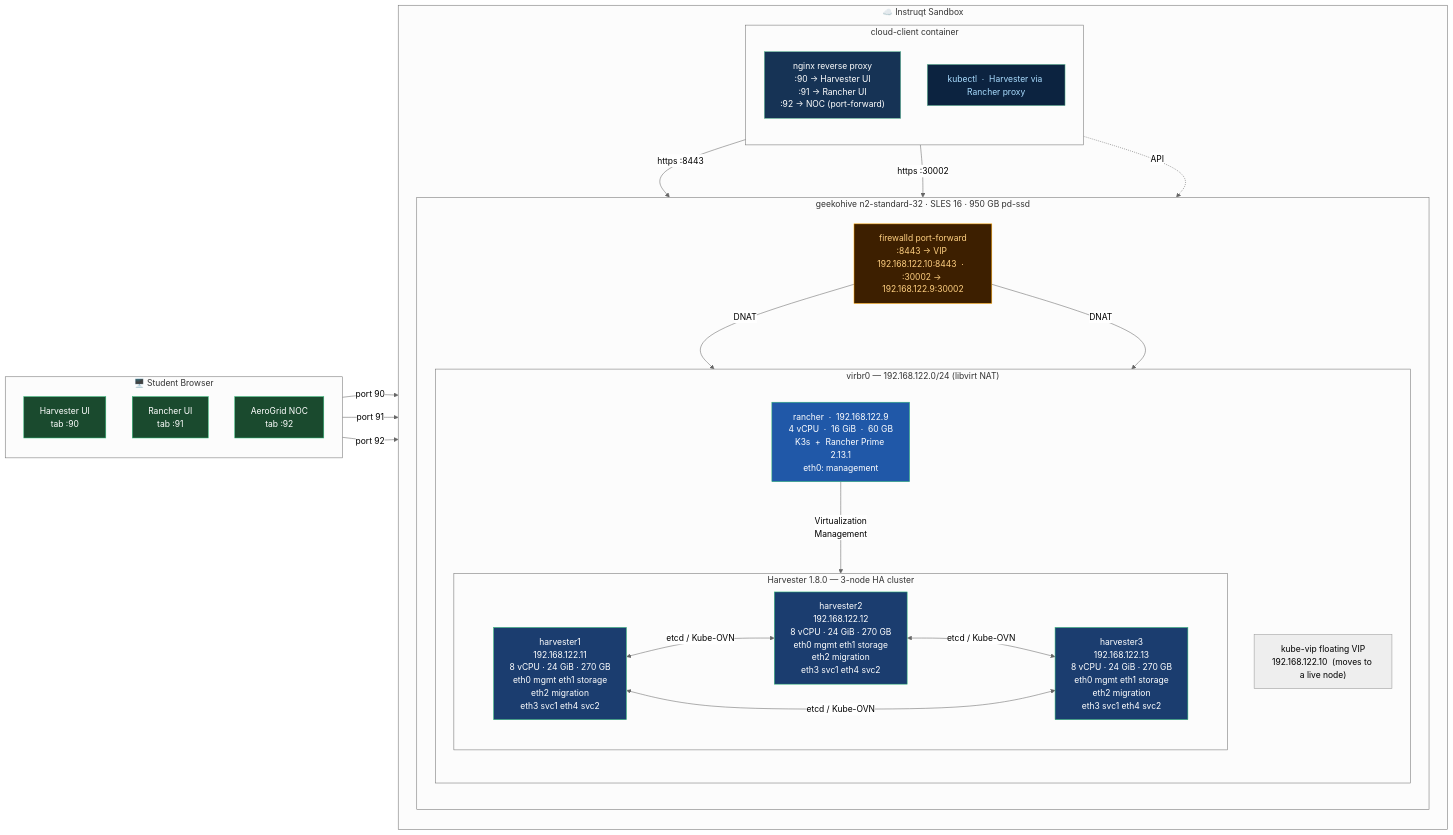
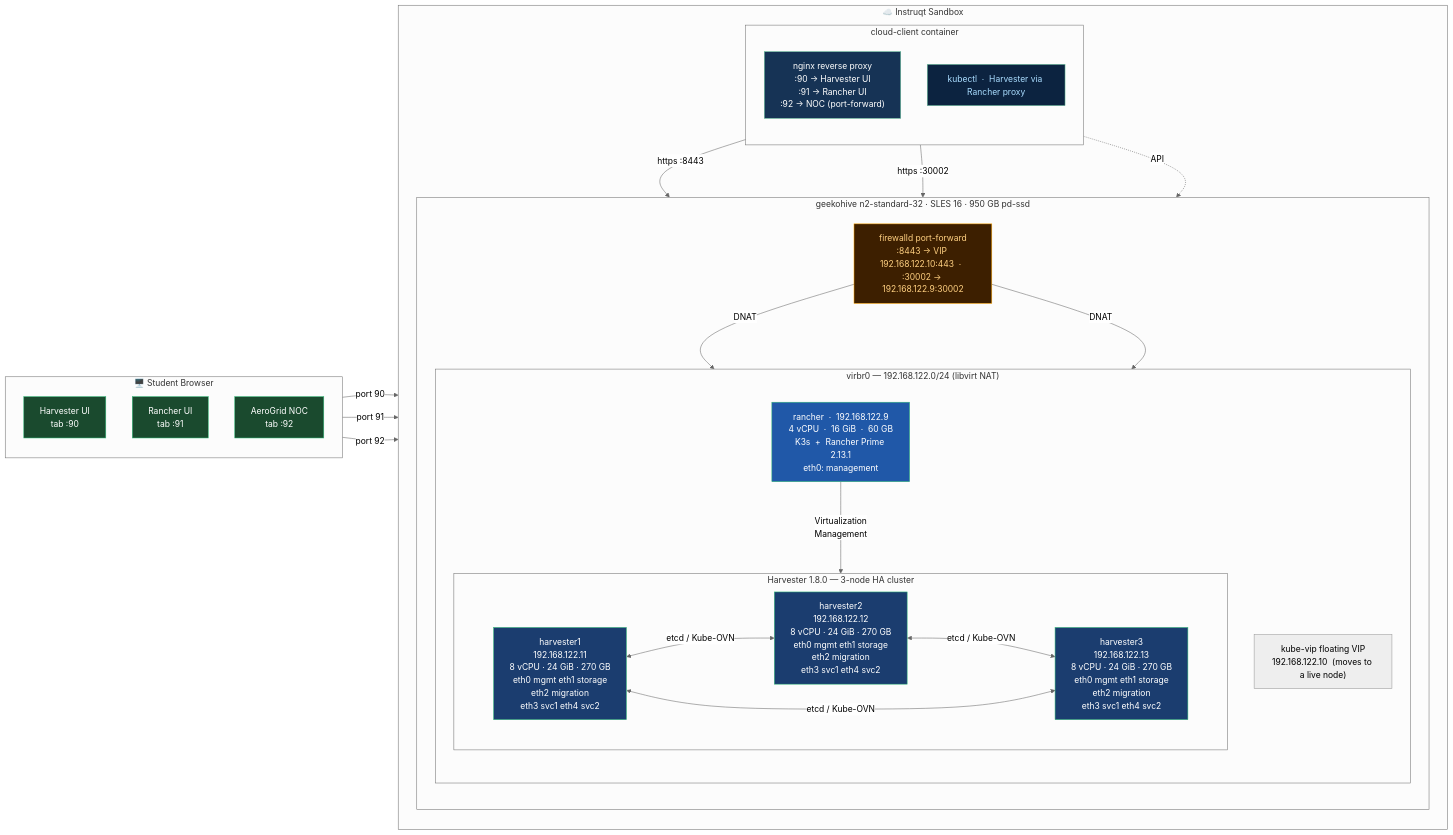
Before and after one commit to SUSE-Technical-Marketing/suse-virt-rodeo: the diagram in assets/diagrams/architecture-overview.mmd, drawn with Mermaid (neutral theme). The commit also changed 10 other files, not shown here.

First line of the commit message:
Fix Harvester DNAT target: host:8443 -> VIP:443

```diff
--- a/assets/diagrams/architecture-overview.mmd
+++ b/assets/diagrams/architecture-overview.mmd
@@ -1,62 +1,62 @@
 graph LR
     subgraph BROWSER["🖥️  Student Browser"]
         direction TB
         T1["Harvester UI\ntab :90"]
         T2["Rancher UI\ntab :91"]
         T3["AeroGrid NOC\ntab :92"]
     end
 
     subgraph SANDBOX["☁️  Instruqt Sandbox"]
         direction TB
 
         subgraph CC["cloud-client container"]
             direction TB
             NGX["nginx reverse proxy\n:90 → Harvester UI\n:91 → Rancher UI\n:92 → NOC (port-forward)"]
             KCT["kubectl  ·  Harvester via Rancher proxy"]
         end
 
         subgraph GH["geekohive   n2-standard-32  ·  SLES 16  ·  950 GB pd-ssd"]
             direction TB
-            DNAT["firewalld port-forward\n:8443 → VIP 192.168.122.10:8443  ·  :30002 → 192.168.122.9:30002"]
+            DNAT["firewalld port-forward\n:8443 → VIP 192.168.122.10:443  ·  :30002 → 192.168.122.9:30002"]
 
             subgraph VIRBR["virbr0  —  192.168.122.0/24  (libvirt NAT)"]
                 direction TB
                 VIP["kube-vip floating VIP\n192.168.122.10  (moves to a live node)"]
                 RN["rancher  ·  192.168.122.9\n4 vCPU  ·  16 GiB  ·  60 GB\nK3s  +  Rancher Prime 2.13.1\neth0: management"]
 
                 subgraph HVC["Harvester 1.8.0  —  3-node HA cluster"]
                     direction LR
                     H1["harvester1\n192.168.122.11\n8 vCPU · 24 GiB · 270 GB\neth0 mgmt  eth1 storage\neth2 migration\neth3 svc1  eth4 svc2"]
                     H2["harvester2\n192.168.122.12\n8 vCPU · 24 GiB · 270 GB\neth0 mgmt  eth1 storage\neth2 migration\neth3 svc1  eth4 svc2"]
                     H3["harvester3\n192.168.122.13\n8 vCPU · 24 GiB · 270 GB\neth0 mgmt  eth1 storage\neth2 migration\neth3 svc1  eth4 svc2"]
                 end
             end
         end
     end
 
     T1 -->|"port 90"| NGX
     T2 -->|"port 91"| NGX
     T3 -->|"port 92"| NGX
     NGX -->|"https :8443"| DNAT
     NGX -->|"https :30002"| DNAT
     DNAT -->|"DNAT"| H1
     DNAT -->|"DNAT"| RN
     KCT -.->|"API"| RN
     RN -->|"Virtualization\nManagement"| H1
     H1 <-->|"etcd / Kube-OVN"| H2
     H2 <-->|"etcd / Kube-OVN"| H3
     H1 <-->|"etcd / Kube-OVN"| H3
 
     classDef harvester fill:#1B3D6F,stroke:#30BA78,color:#fff
     classDef rancher fill:#2058A8,stroke:#30BA78,color:#fff
     classDef nginx fill:#163355,stroke:#6EC6A0,color:#fff
     classDef dnat fill:#3D1F00,stroke:#FFA500,color:#FFD080
     classDef kubectl fill:#0C2340,stroke:#6EC6A0,color:#adf
     classDef tab fill:#1A4A2E,stroke:#30BA78,color:#fff
 
     class H1,H2,H3 harvester
     class RN rancher
     class NGX nginx
     class DNAT dnat
     class KCT kubectl
     class T1,T2,T3 tab
```
